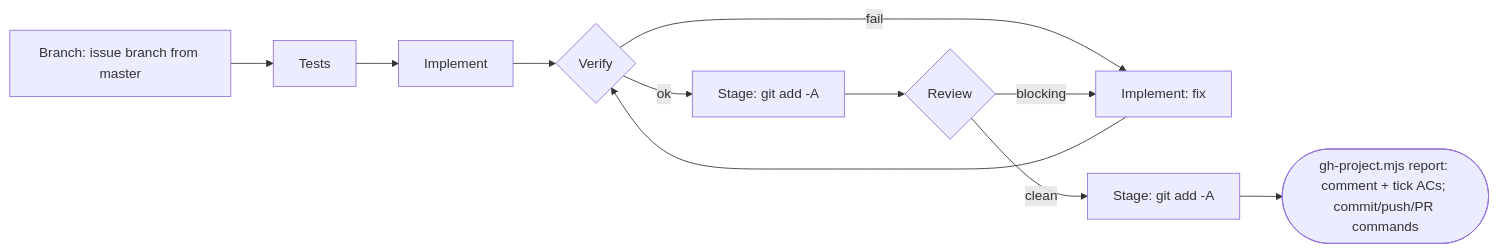
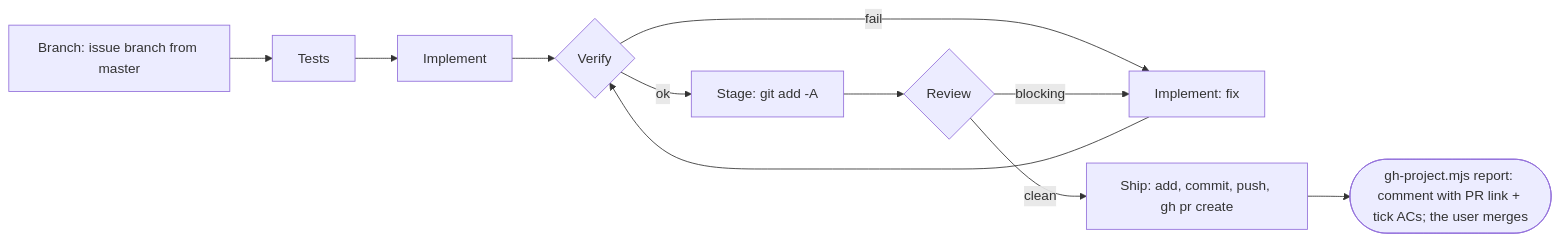
The diagram in skarbiec-plan/workflow.md (Maliniak93/FinMel), drawn with Mermaid before and after one commit. The commit also changed other lines of this file and 19 other files, not shown here.

````diff
--- a/skarbiec-plan/workflow.md
+++ b/skarbiec-plan/workflow.md
@@ -36,11 +36,11 @@
 ```mermaid
 flowchart LR
     B[Branch: issue branch from master] --> T[Tests]
     T --> I[Implement] --> V{Verify}
     V -- fail --> IF[Implement: fix] --> V
     V -- ok --> C[Stage: git add -A]
     C --> R{Review}
     R -- blocking --> IF
-    R -- clean --> S[Stage: git add -A]
-    S --> Done([gh-project.mjs report: comment + tick ACs; commit/push/PR commands])
+    R -- clean --> S[Ship: add, commit, push, gh pr create]
+    S --> Done([gh-project.mjs report: comment with PR link + tick ACs; the user merges])
 ```
````
